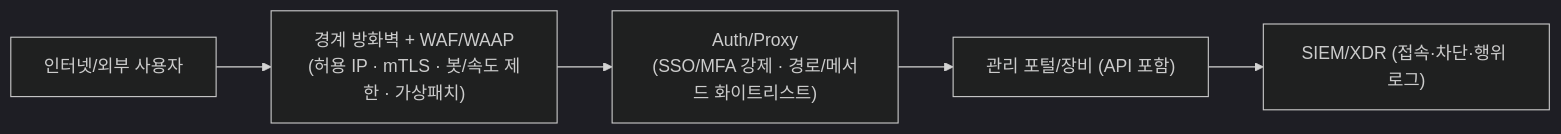
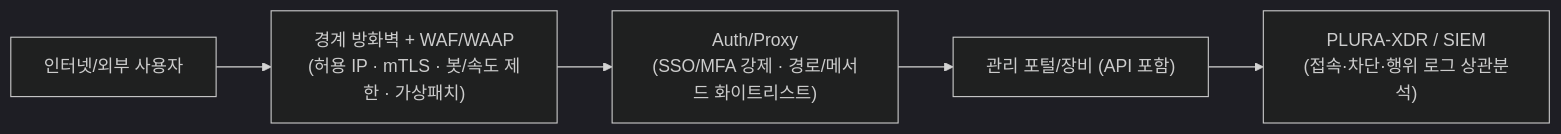
Before and after one commit to qubitsec/blog: the diagram in content/ko/column/hidden_web_surfaces.md, drawn with Mermaid (dark theme). The commit also changed other lines of this file, not shown here.

````diff
--- a/content/ko/column/hidden_web_surfaces.md
+++ b/content/ko/column/hidden_web_surfaces.md
@@ -78,10 +169,10 @@
 ```mermaid
 flowchart LR
     Internet["인터넷/외부 사용자"]
     Edge["경계 방화벽 + WAF/WAAP<br/>(허용 IP · mTLS · 봇/속도 제한 · 가상패치)"]
     AuthProxy["Auth/Proxy<br/>(SSO/MFA 강제 · 경로/메서드 화이트리스트)"]
     Admin["관리 포털/장비 (API 포함)"]
-    Log["SIEM/XDR (접속·차단·행위 로그)"]
+    XDR["PLURA-XDR / SIEM<br/>(접속·차단·행위 로그 상관분석)"]
 
-    Internet --> Edge --> AuthProxy --> Admin --> Log
+    Internet --> Edge --> AuthProxy --> Admin --> XDR
 ```
````
